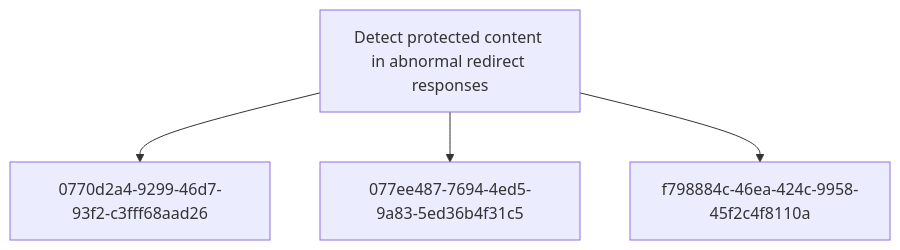
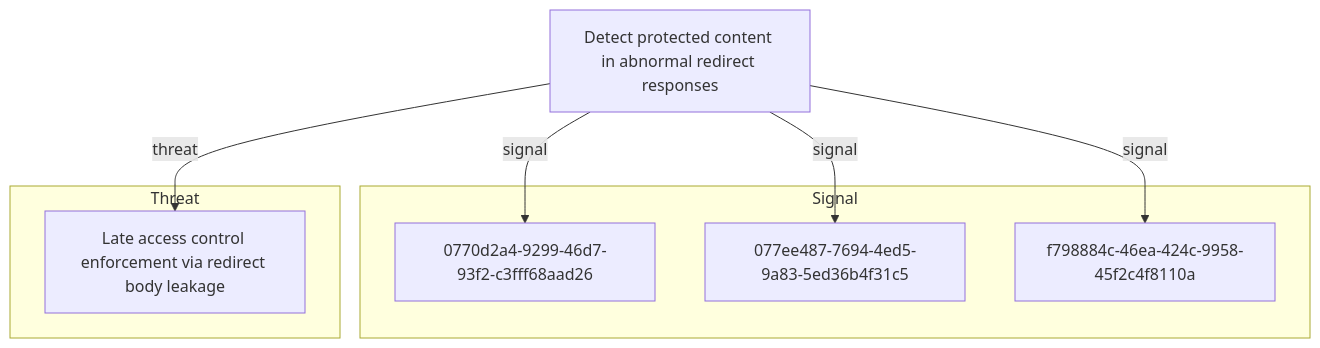
One commit to opentidehq/library changed the diagram in docs/objectives/detect-protected-content-in-abnormal-redirect-responses.md. Above: the diagram before and after it, drawn with Mermaid. The commit also changed other lines of this file and 277 other files, not shown here.

````diff
--- a/docs/objectives/detect-protected-content-in-abnormal-redirect-responses.md
+++ b/docs/objectives/detect-protected-content-in-abnormal-redirect-responses.md
@@ -53,10 +110,16 @@
 ```mermaid
 flowchart TB
-f8a95fcf_c5b0_4db0_bb8b_78e4edaa0544["Detect protected content in abnormal redirect responses"]
+subgraph "Signal"
 0770d2a4_9299_46d7_93f2_c3fff68aad26["0770d2a4-9299-46d7-93f2-c3fff68aad26"]
 077ee487_7694_4ed5_9a83_5ed36b4f31c5["077ee487-7694-4ed5-9a83-5ed36b4f31c5"]
 f798884c_46ea_424c_9958_45f2c4f8110a["f798884c-46ea-424c-9958-45f2c4f8110a"]
-f8a95fcf_c5b0_4db0_bb8b_78e4edaa0544 --> 0770d2a4_9299_46d7_93f2_c3fff68aad26
-f8a95fcf_c5b0_4db0_bb8b_78e4edaa0544 --> 077ee487_7694_4ed5_9a83_5ed36b4f31c5
-f8a95fcf_c5b0_4db0_bb8b_78e4edaa0544 --> f798884c_46ea_424c_9958_45f2c4f8110a
+end
+subgraph "Threat"
+0663c192_cdeb_49a2_994c_4cc8e98f764e["Late access control enforcement via redirect body leakage"]
+end
+f8a95fcf_c5b0_4db0_bb8b_78e4edaa0544["Detect protected content in abnormal redirect responses"]
+f8a95fcf_c5b0_4db0_bb8b_78e4edaa0544 -->|signal| 0770d2a4_9299_46d7_93f2_c3fff68aad26
+f8a95fcf_c5b0_4db0_bb8b_78e4edaa0544 -->|signal| 077ee487_7694_4ed5_9a83_5ed36b4f31c5
+f8a95fcf_c5b0_4db0_bb8b_78e4edaa0544 -->|signal| f798884c_46ea_424c_9958_45f2c4f8110a
+f8a95fcf_c5b0_4db0_bb8b_78e4edaa0544 -->|threat| 0663c192_cdeb_49a2_994c_4cc8e98f764e
 ```
````
